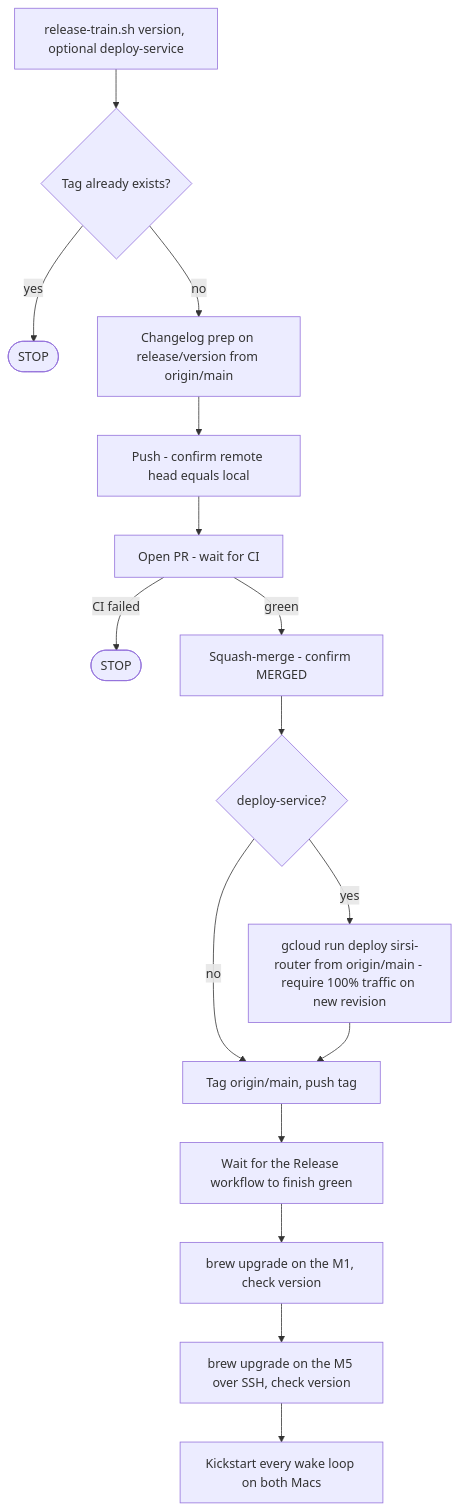
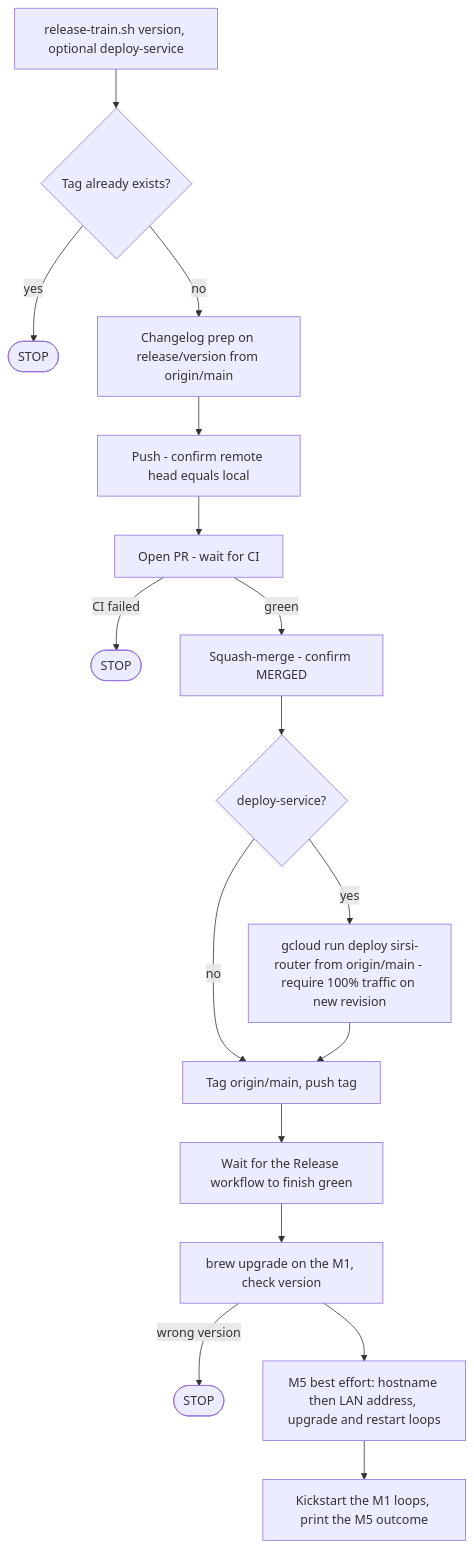
Before and after one commit to SirsiMaster/sirsi-pantheon: the first of 2 diagrams in docs/stacklab/diagrams/RA-P04-release-train.md, drawn with Mermaid. The commit also changed other lines of this file and 2 other files, not shown here.

Commit message:
docs: the release train's M5 step is best-effort, not a hard stop (SSA review of #983)
The changelog line, the script header and the RA-P04 diagram claimed every step is a hard stop including the M5 upgrade; the script treats the M5 as best-effort with an honest status. Narrative corrected, no behaviour change.

````diff
--- a/docs/stacklab/diagrams/RA-P04-release-train.md
+++ b/docs/stacklab/diagrams/RA-P04-release-train.md
@@ -6,18 +6,19 @@
 ```mermaid
 flowchart TD
   A[release-train.sh version, optional deploy-service] --> B{Tag already exists?}
   B -- yes --> STOP1([STOP])
   B -- no --> C[Changelog prep on release/version from origin/main]
   C --> D[Push - confirm remote head equals local]
   D --> E[Open PR - wait for CI]
   E -- CI failed --> STOP2([STOP])
   E -- green --> F[Squash-merge - confirm MERGED]
   F --> G{deploy-service?}
   G -- yes --> H[gcloud run deploy sirsi-router from origin/main - require 100% traffic on new revision]
   G -- no --> I
   H --> I[Tag origin/main, push tag]
   I --> J[Wait for the Release workflow to finish green]
   J --> K[brew upgrade on the M1, check version]
-  K --> L[brew upgrade on the M5 over SSH, check version]
-  L --> M[Kickstart every wake loop on both Macs]
+  K -- wrong version --> STOP3([STOP])
+  K --> L[M5 best effort: hostname then LAN address, upgrade and restart loops]
+  L --> M[Kickstart the M1 loops, print the M5 outcome]
 ```
````
